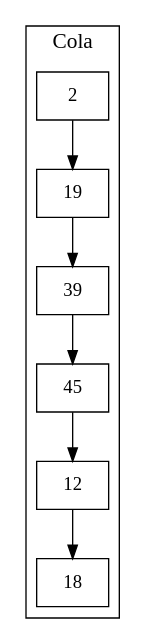
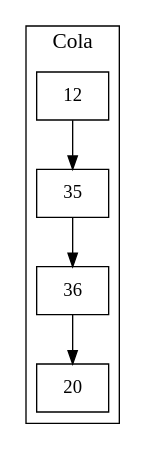
The diagram in Practica2/Practica2/Estructuras/Graficas/cola.dot (gl3ncal3l/Practica2s12017_201314642), drawn with Graphviz before and after one commit. The commit also changed 73 other files, not shown here.

```diff
--- a/Practica2/Practica2/Estructuras/Graficas/cola.dot
+++ b/Practica2/Practica2/Estructuras/Graficas/cola.dot
@@ -1,12 +1,10 @@
 digraph Lista{
 	 node[shape=record];
 	 subgraph clusterQueue {
 	 label = "Cola ";
 	 fontsize = 16;
-	2->19
-	19->39
-	39->45
-	45->12
-	12->18
+	12->35
+	35->36
+	36->20
 	}
 }
```
